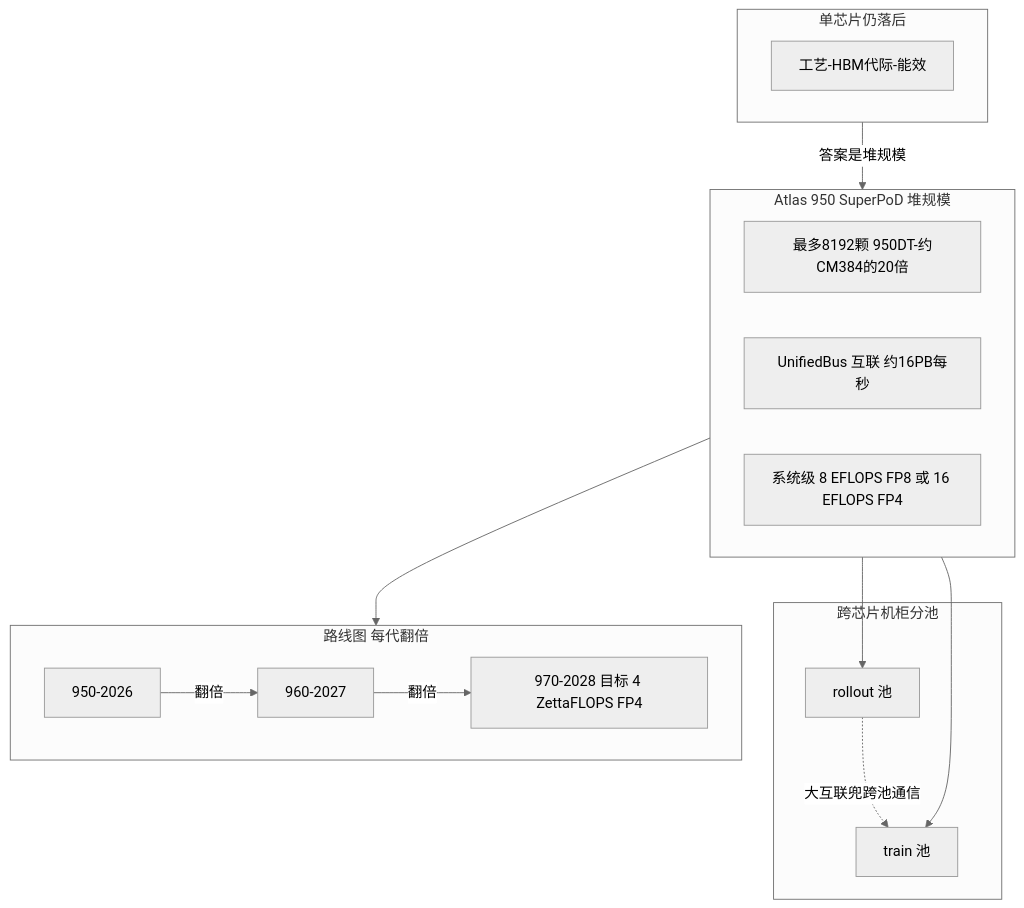
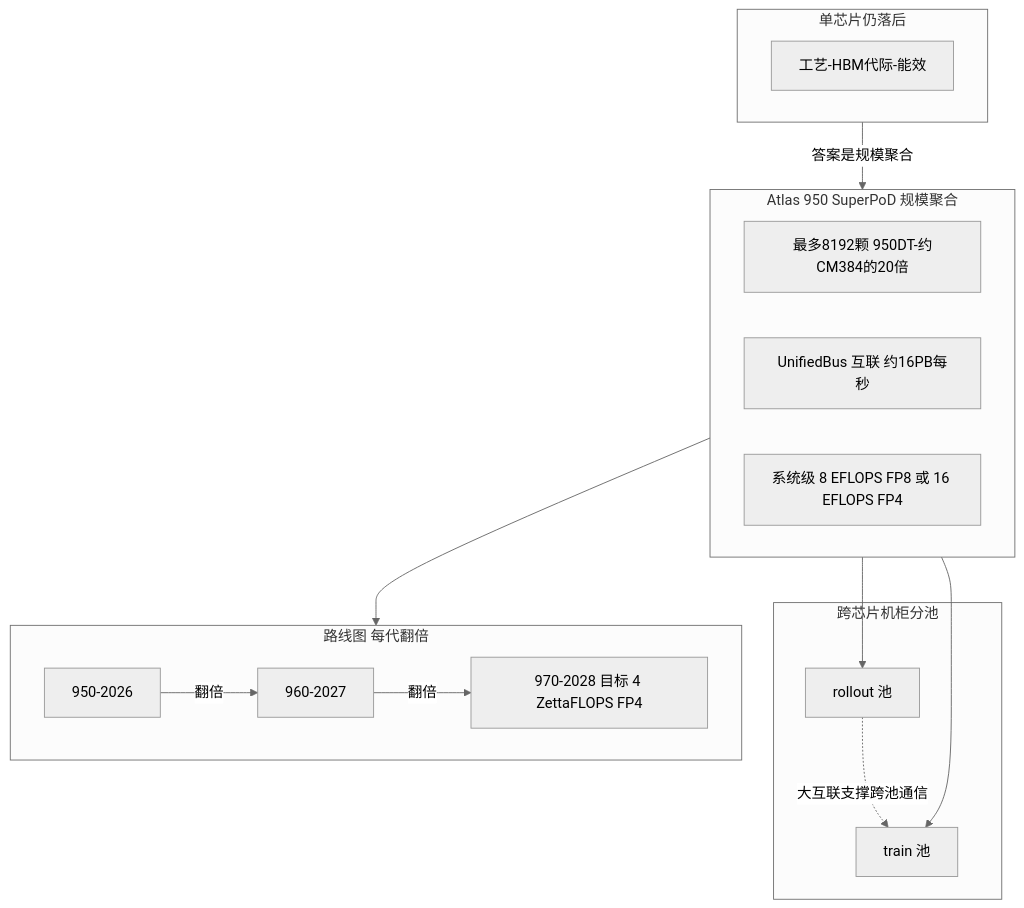
Before and after one commit to lloo099/mission44: the fourth of 4 diagrams in docs/blog/dispatch-03-ascend-950.md, drawn with Mermaid (neutral theme). The commit also changed other lines of this file and 22 other files, not shown here.

````diff
--- a/docs/blog/dispatch-03-ascend-950.md
+++ b/docs/blog/dispatch-03-ascend-950.md
@@ -113,26 +113,26 @@
 ```mermaid
 flowchart TB
   subgraph WEAK ["单芯片仍落后"]
     W1["工艺-HBM代际-能效"]
   end
-  subgraph POD ["Atlas 950 SuperPoD 堆规模"]
+  subgraph POD ["Atlas 950 SuperPoD 规模聚合"]
     P1["最多8192颗 950DT-约CM384的20倍"]
     P2["UnifiedBus 互联 约16PB每秒"]
     P3["系统级 8 EFLOPS FP8 或 16 EFLOPS FP4"]
   end
   subgraph SPLIT ["跨芯片机柜分池"]
     SP1["rollout 池"]
     SP2["train 池"]
   end
   subgraph ROAD ["路线图 每代翻倍"]
     R1["950-2026"]
     R2["960-2027"]
     R3["970-2028 目标 4 ZettaFLOPS FP4"]
   end
-  WEAK -->|"答案是堆规模"| POD
+  WEAK -->|"答案是规模聚合"| POD
   POD --> SP1
   POD --> SP2
-  SP1 -. "大互联兜跨池通信" .-> SP2
+  SP1 -. "大互联支撑跨池通信" .-> SP2
   POD --> ROAD
   R1 -->|"翻倍"| R2 -->|"翻倍"| R3
 ```
````
